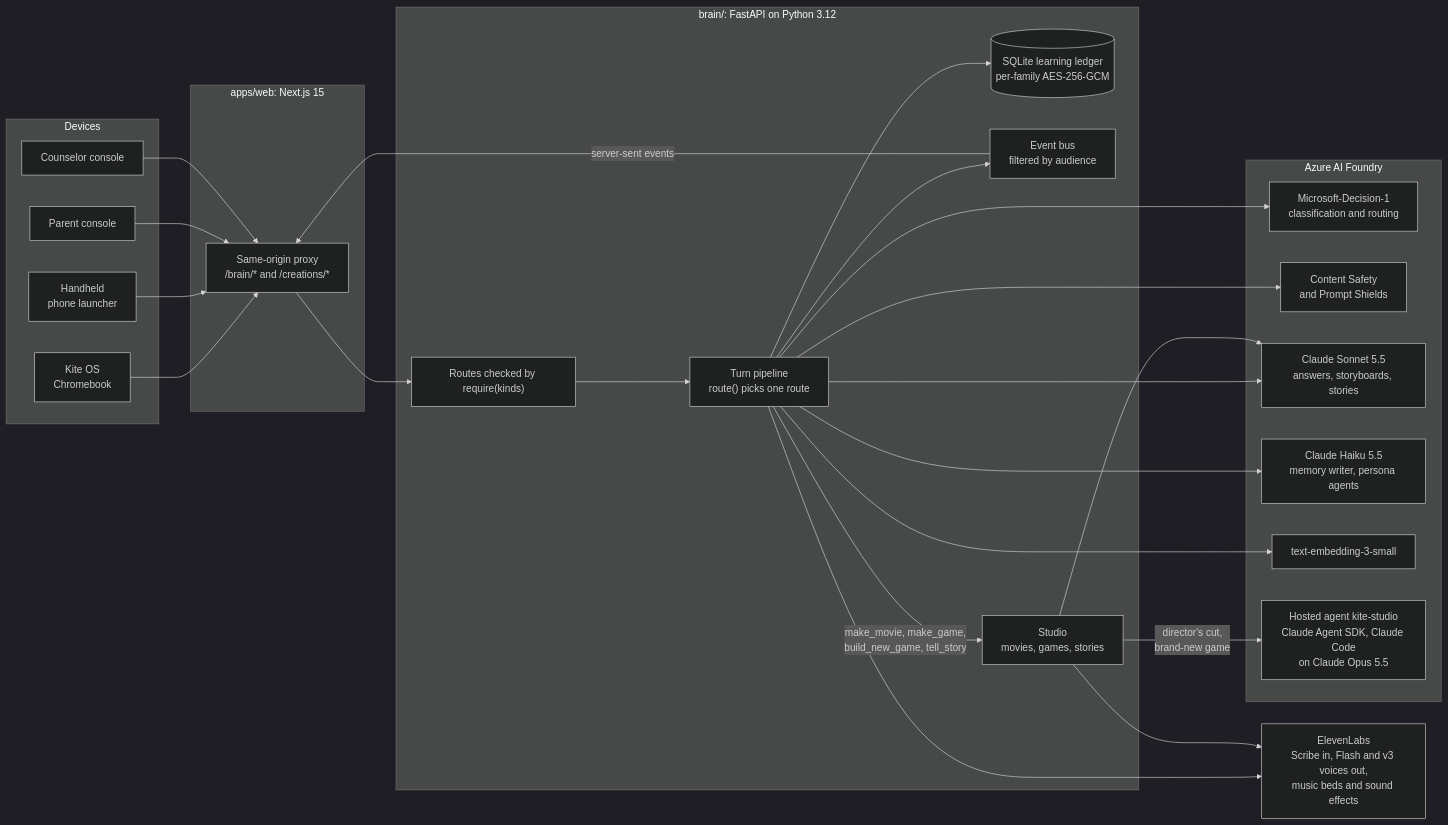
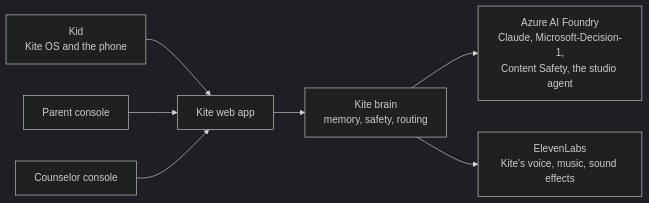
The first of 3 diagrams in README.md (gpuligundla/kite), drawn with Mermaid (dark theme) before and after one commit. The commit also changed other lines of this file and 6 other files, not shown here.

````diff
--- a/README.md
+++ b/README.md
@@ -37,43 +28,9 @@
 ```mermaid
 flowchart LR
-  subgraph devices["Devices"]
-    OS["Kite OS<br/>Chromebook"]
-    PHONE["Handheld<br/>phone launcher"]
-    PARENT["Parent console"]
-    COUNSELOR["Counselor console"]
-  end
-
-  subgraph web["apps/web: Next.js 15"]
-    PROXY["Same-origin proxy<br/>/brain/* and /creations/*"]
-  end
-
-  subgraph brain["brain/: FastAPI on Python 3.12"]
-    API["Routes checked by require(kinds)"]
-    PIPE["Turn pipeline<br/>route() picks one route"]
-    LEDGER[("SQLite learning ledger<br/>per-family AES-256-GCM")]
-    BUS["Event bus<br/>filtered by audience"]
-    STUDIO["Studio<br/>movies, games, stories"]
-  end
-
-  subgraph foundry["Azure AI Foundry"]
-    D1["Microsoft-Decision-1<br/>classification and routing"]
-    CS["Content Safety<br/>and Prompt Shields"]
-    SONNET["Claude Sonnet 5.5<br/>answers, storyboards, stories"]
-    HAIKU["Claude Haiku 5.5<br/>memory writer, persona agents"]
-    EMB["text-embedding-3-small"]
-    AGENT["Hosted agent kite-studio<br/>Claude Agent SDK, Claude Code<br/>on Claude Opus 5.5"]
-  end
-
-  EL["ElevenLabs<br/>Scribe in, Flash and v3 voices out,<br/>music beds and sound effects"]
-
-  OS & PHONE & PARENT & COUNSELOR --> PROXY
-  PROXY --> API
-  API --> PIPE
-  PIPE --> LEDGER
-  PIPE --> BUS
-  BUS -->|"server-sent events"| PROXY
-  PIPE --> D1 & CS & EMB & SONNET & HAIKU & EL
-  PIPE -->|"make_movie, make_game,<br/>build_new_game, tell_story"| STUDIO
-  STUDIO -->|"director's cut,<br/>brand-new game"| AGENT
-  STUDIO --> SONNET & EL
+  KID["Kid<br/>Kite OS and the phone"] --> WEB["Kite web app"]
+  PARENT["Parent console"] --> WEB
+  COUNSELOR["Counselor console"] --> WEB
+  WEB --> BRAIN["Kite brain<br/>memory, safety, routing"]
+  BRAIN --> FOUNDRY["Azure AI Foundry<br/>Claude, Microsoft-Decision-1,<br/>Content Safety, the studio agent"]
+  BRAIN --> VOICE["ElevenLabs<br/>Kite's voice, music, sound effects"]
 ```
````
